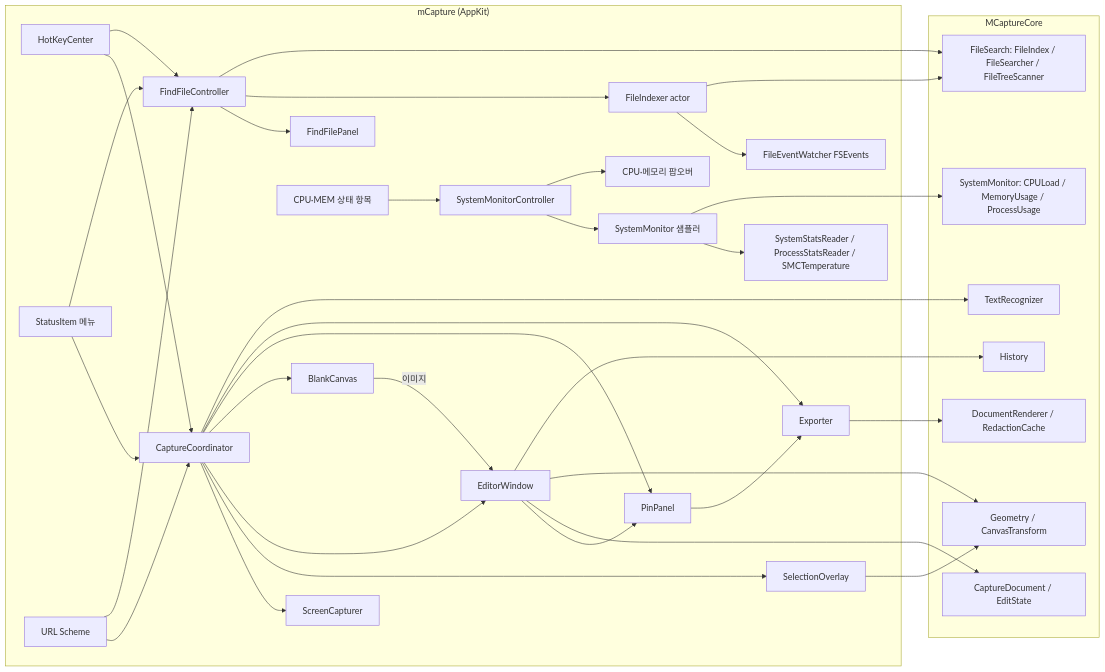
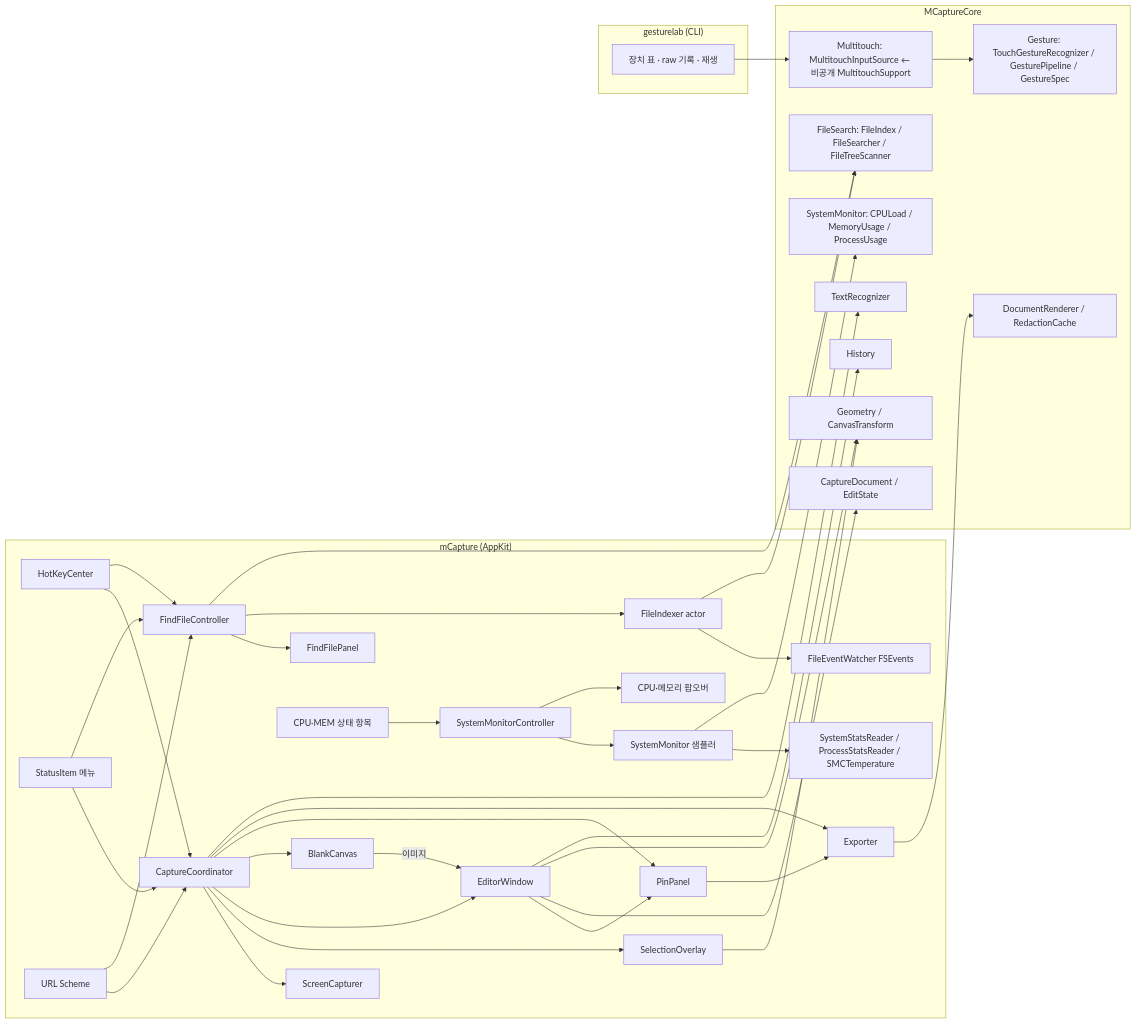
Before and after one commit to motolies/mCapture: the first of 2 diagrams in claudedocs/mcapture-개발-스펙.md, drawn with Mermaid. The commit also changed other lines of this file and 3 other files, not shown here.

````diff
--- a/claudedocs/mcapture-개발-스펙.md
+++ b/claudedocs/mcapture-개발-스펙.md
@@ -75,45 +75,52 @@
 ```mermaid
 flowchart LR
     subgraph App["mCapture (AppKit)"]
         HK[HotKeyCenter] --> CO[CaptureCoordinator]
         SI[StatusItem 메뉴] --> CO
         URL[URL Scheme] --> CO
         CO --> SC[ScreenCapturer]
         CO --> OV[SelectionOverlay]
         CO --> ED[EditorWindow]
         CO --> BC[BlankCanvas]
         BC -->|이미지| ED
         CO --> PIN[PinPanel]
         CO --> EX[Exporter]
         ED --> PIN
         PIN --> EX
         HK --> FF[FindFileController]
         SI --> FF
         URL --> FF
         FF --> FP[FindFilePanel]
         FF --> FX[FileIndexer actor]
         FX --> FW[FileEventWatcher FSEvents]
         MI[CPU·MEM 상태 항목] --> SMC[SystemMonitorController]
         SMC --> SM[SystemMonitor 샘플러]
         SMC --> POP[CPU·메모리 팝오버]
         SM --> SR[SystemStatsReader / ProcessStatsReader / SMCTemperature]
     end
     subgraph Core["MCaptureCore"]
         DOC[CaptureDocument / EditState]
         REN[DocumentRenderer / RedactionCache]
         GEO[Geometry / CanvasTransform]
         HIS[History]
         REC[TextRecognizer]
         FS[FileSearch: FileIndex / FileSearcher / FileTreeScanner]
         MON[SystemMonitor: CPULoad / MemoryUsage / ProcessUsage]
+        GES[Gesture: TouchGestureRecognizer / GesturePipeline / GestureSpec]
+        MT[Multitouch: MultitouchInputSource ← 비공개 MultitouchSupport]
     end
     ED --> DOC
     ED --> GEO
     ED --> HIS
     EX --> REN
     OV --> GEO
     CO --> REC
     FX --> FS
     FF --> FS
     SM --> MON
+    MT --> GES
+    subgraph Lab["gesturelab (CLI)"]
+        LAB[장치 표 · raw 기록 · 재생]
+    end
+    LAB --> MT
 ```
````
